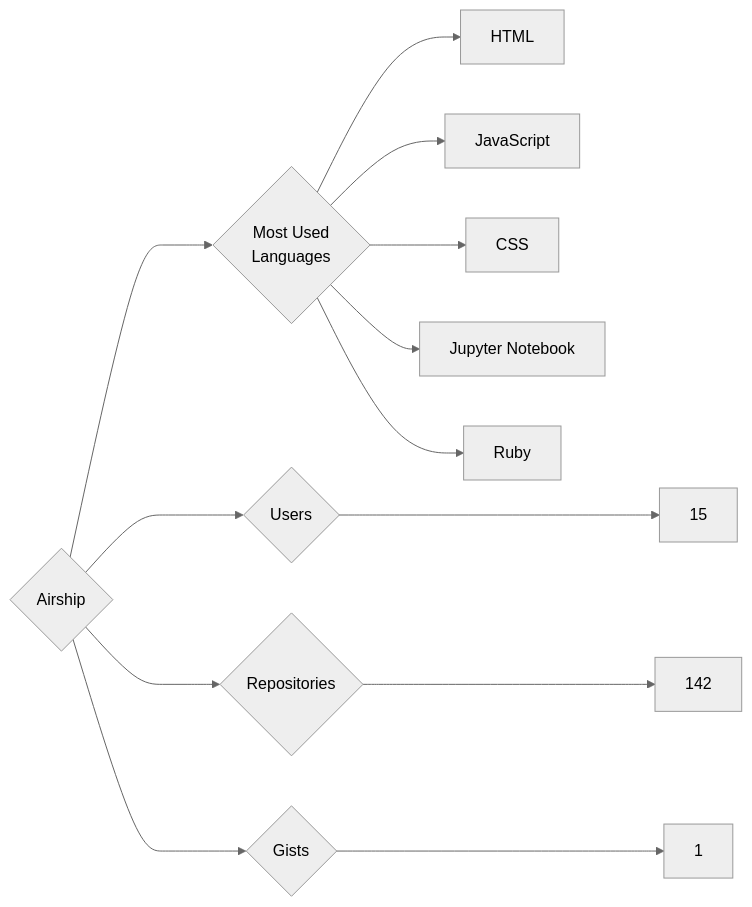
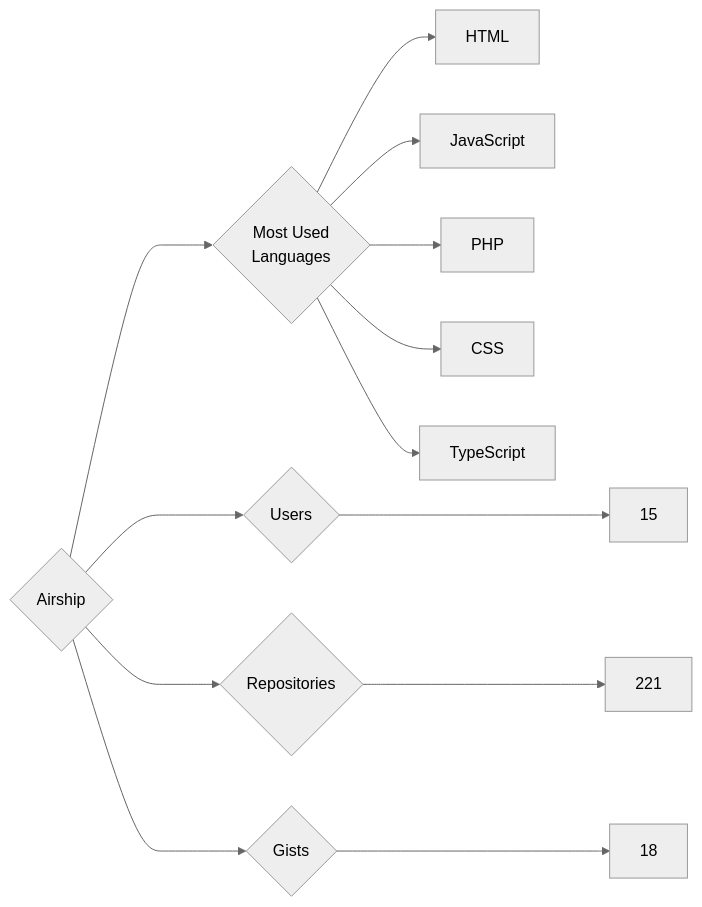
The diagram in targets/Airship/README.md (trickest/insiders), drawn with Mermaid (neutral theme) before and after one commit. The commit also changed 823 other files, not shown here.

````diff
--- a/targets/Airship/README.md
+++ b/targets/Airship/README.md
@@ -3,13 +3,13 @@
 ```mermaid
 graph LR
 COMPANY_NAME{Airship}
 COMPANY_NAME ---> U{Users} ---> UN[15]
-COMPANY_NAME ---> R{Repositories} ---> RN[142]
-COMPANY_NAME ---> G{Gists} ---> GN[1]
+COMPANY_NAME ---> R{Repositories} ---> RN[221]
+COMPANY_NAME ---> G{Gists} ---> GN[18]
 COMPANY_NAME ---> ML{Most Used<br>Languages}
 ML --> HTML[HTML]
 ML --> JavaScript[JavaScript]
+ML --> PHP[PHP]
 ML --> CSS[CSS]
-ML --> Jupyter_Notebook[Jupyter Notebook]
-ML --> Ruby[Ruby]
+ML --> TypeScript[TypeScript]
 ```
````
